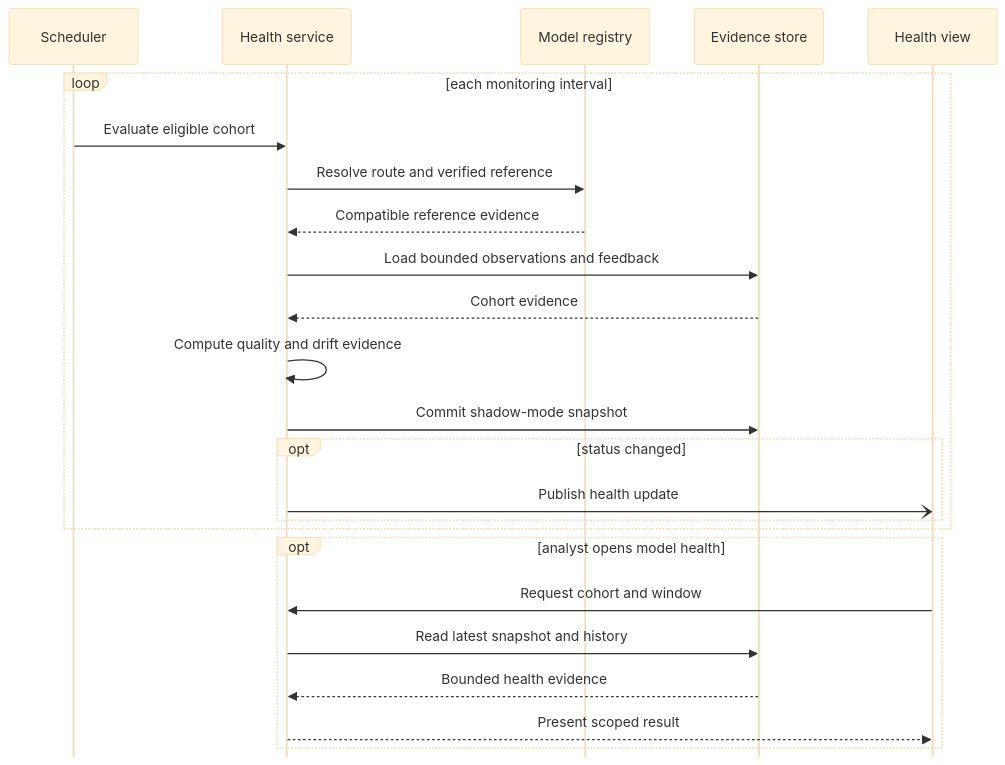
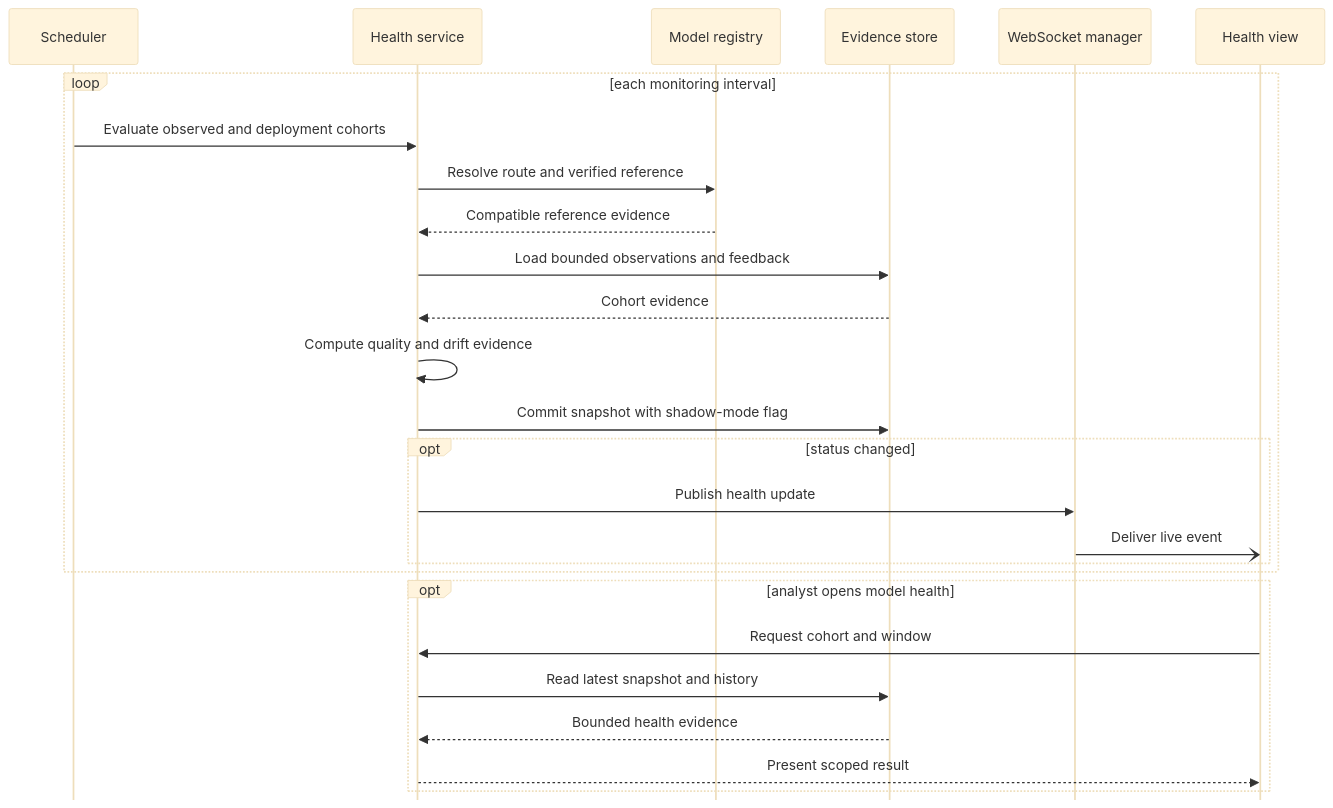
The diagram in diagrams/11-model-health-sequence.mmd (ZakariaElKhaldi/4iir-sr), drawn with Mermaid (base theme) before and after one commit. The commit also changed 46 other files, not shown here.

First line of the commit message:
Update main document structure and add project timeline

```diff
--- a/diagrams/11-model-health-sequence.mmd
+++ b/diagrams/11-model-health-sequence.mmd
@@ -1,33 +1,35 @@
 ---
 config:
   sequence:
     mirrorActors: false
     actorMargin: 52
     messageMargin: 32
 ---
 sequenceDiagram
     participant Scheduler
     participant Health as Health service
     participant Registry as Model registry
     participant Store as Evidence store
+    participant Live as WebSocket manager
     participant View as Health view
 
     loop each monitoring interval
-        Scheduler->>Health: Evaluate eligible cohort
+        Scheduler->>Health: Evaluate observed and deployment cohorts
         Health->>Registry: Resolve route and verified reference
         Registry-->>Health: Compatible reference evidence
         Health->>Store: Load bounded observations and feedback
         Store-->>Health: Cohort evidence
         Health->>Health: Compute quality and drift evidence
-        Health->>Store: Commit shadow-mode snapshot
+        Health->>Store: Commit snapshot with shadow-mode flag
         opt status changed
-            Health-)View: Publish health update
+            Health->>Live: Publish health update
+            Live-)View: Deliver live event
         end
     end
 
     opt analyst opens model health
         View->>Health: Request cohort and window
         Health->>Store: Read latest snapshot and history
         Store-->>Health: Bounded health evidence
         Health-->>View: Present scoped result
     end
```
